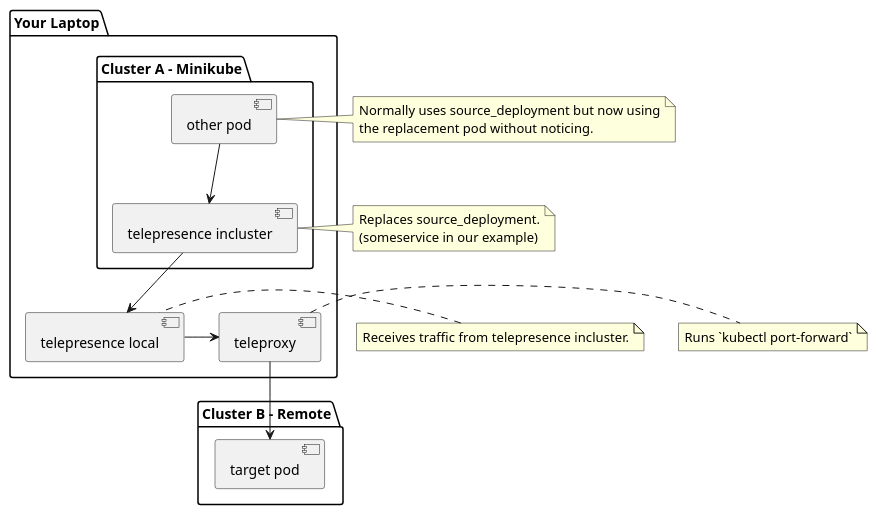
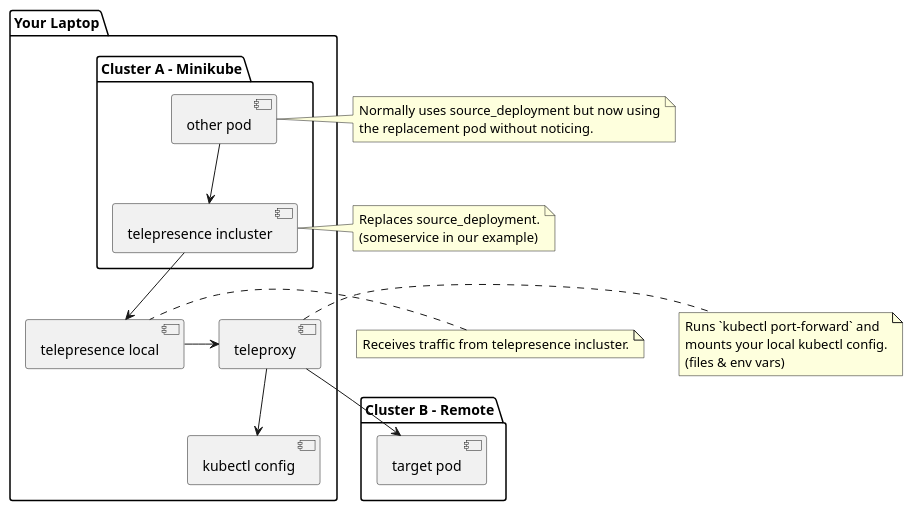
Before and after one commit to Flared/teleproxy: the diagram in deployment_diagram.plantuml, drawn with PlantUML. The commit also changed 1 other file, not shown here.

Commit message:
diagram: add local kubectl config

```diff
--- a/deployment_diagram.plantuml
+++ b/deployment_diagram.plantuml
@@ -1,37 +1,42 @@
 @startuml
 package "Your Laptop" {
 
     [teleproxy]
     [telepresence local]
+    [kubectl config]
 
     package "Cluster A - Minikube" {
         [telepresence incluster]
         [other pod]
     }
 
 }
 
 package "Cluster B - Remote" {
     [target pod]
 }
 
 [telepresence incluster] --> [telepresence local]
 [telepresence local] -> [teleproxy]
 [teleproxy] --> [target pod]
+[teleproxy] --> [kubectl config]
 [other pod] --> [telepresence incluster]
 
 note left of [telepresence incluster]
   Replaces source_deployment.
   (someservice in our example)
 endnote
 
 note left of [telepresence local]: Receives traffic from telepresence incluster.
 
-note right of [teleproxy]: Runs `kubectl port-forward`
+note right of [teleproxy]
+    Runs `kubectl port-forward` and 
+    mounts your local kubectl config.
+    (files & env vars)
+endnote
 
 note right of [other pod]
  Normally uses source_deployment but now using
  the replacement pod without noticing.
 endnote
-
 @enduml
```
